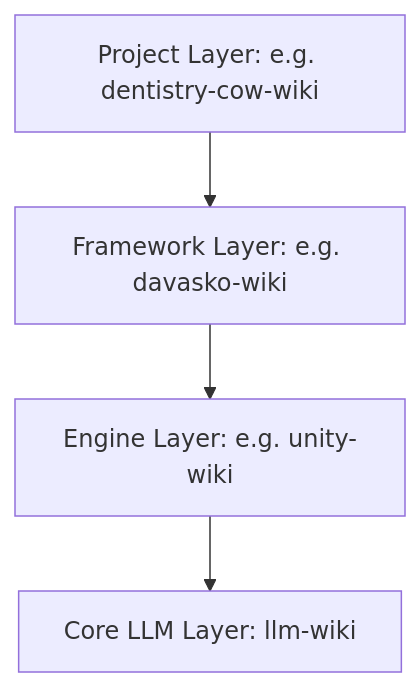
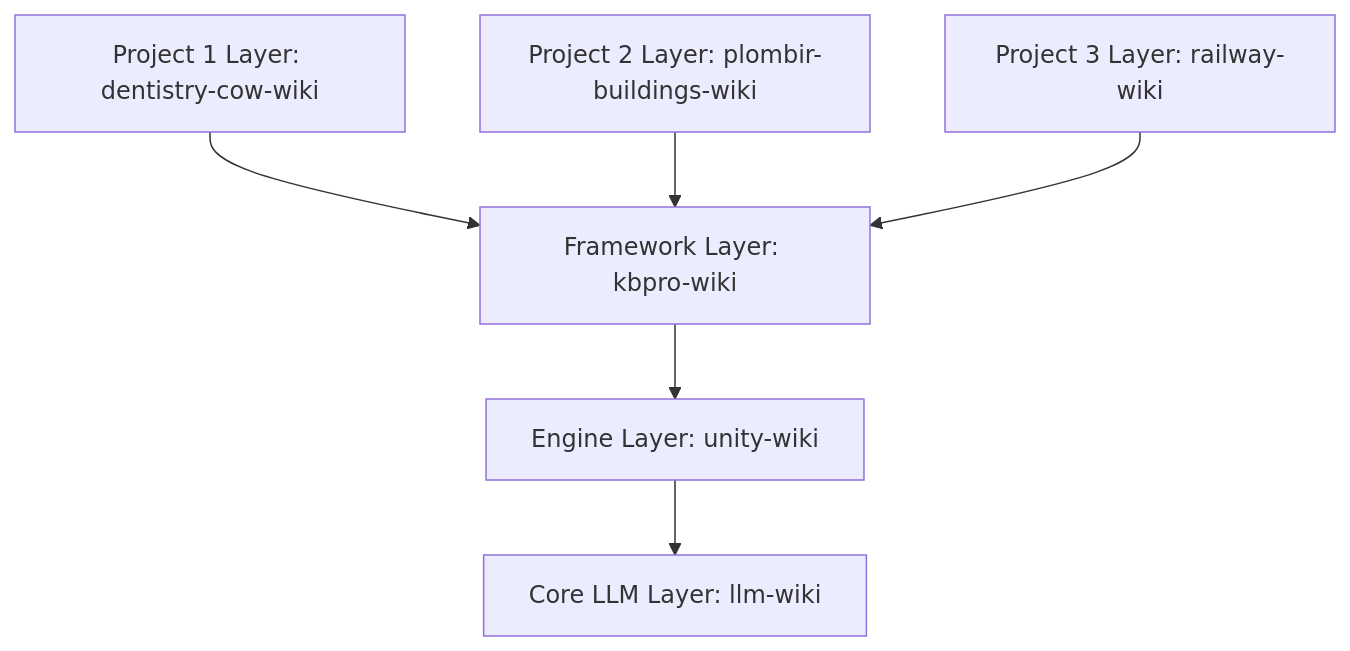
One commit to gDavASko/DavASkoLLMWiki changed the first of 2 diagrams in README.md. Above: the diagram before and after it, drawn with Mermaid. The commit also changed other lines of this file and 31 other files, not shown here.

Commit message:
Update davasko-llm-wiki skill to support multi-project layers, root plans, and new automation scripts

````diff
--- a/README.md
+++ b/README.md
@@ -14,6 +14,8 @@
 ```mermaid
 graph TD
-    Project[Project Layer: e.g. dentistry-cow-wiki] --> Framework[Framework Layer: e.g. davasko-wiki]
-    Framework --> Engine[Engine Layer: e.g. unity-wiki]
+    Project1[Project 1 Layer: dentistry-cow-wiki] --> Framework[Framework Layer: kbpro-wiki]
+    Project2[Project 2 Layer: plombir-buildings-wiki] --> Framework
+    Project3[Project 3 Layer: railway-wiki] --> Framework
+    Framework --> Engine[Engine Layer: unity-wiki]
     Engine --> Root[Core LLM Layer: llm-wiki]
 ```
````
